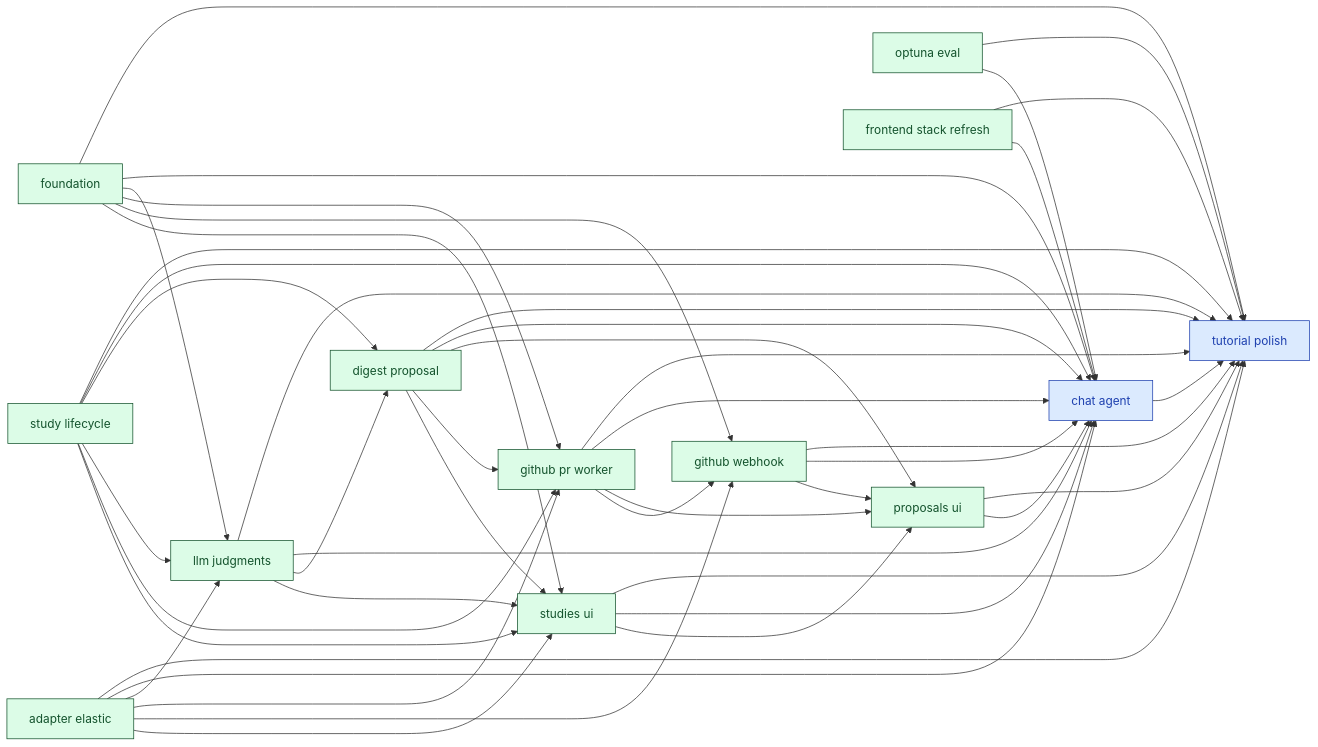
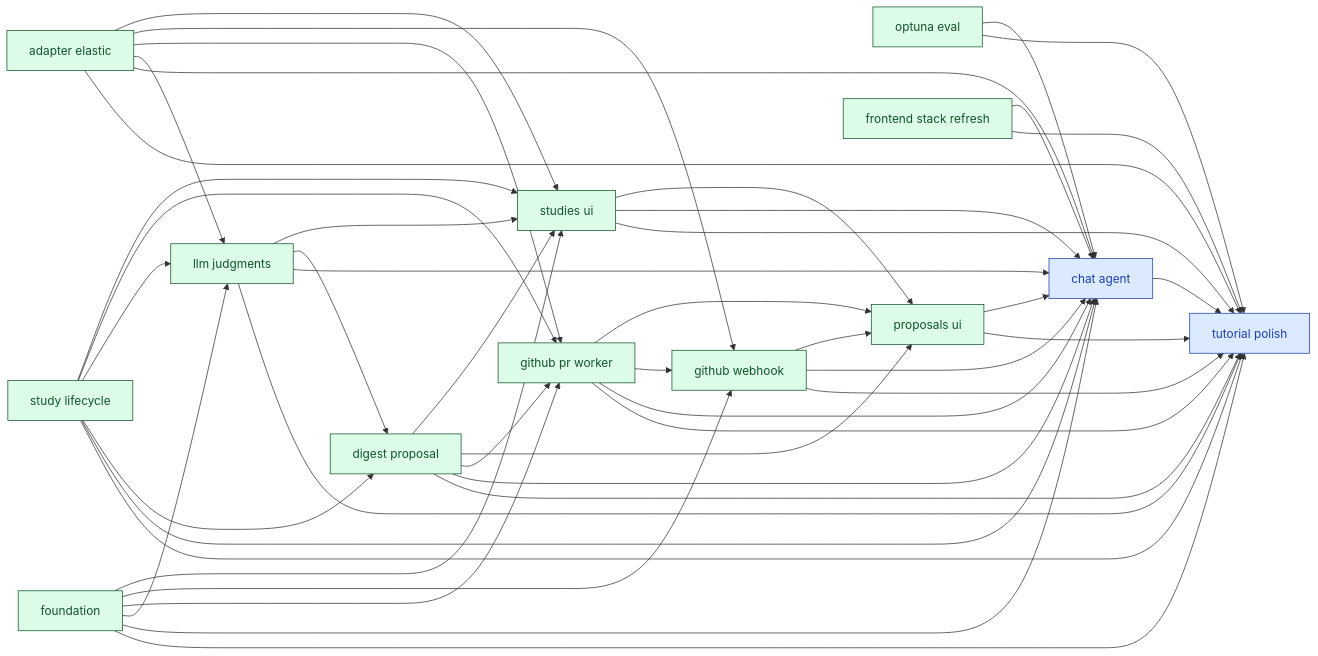
Before and after one commit to SoundMindsAI/relyloop: the diagram in docs/00_overview/MVP1_DASHBOARD.md, drawn with Mermaid. The commit also changed other lines of this file and 7 other files, not shown here.

````diff
--- a/docs/00_overview/MVP1_DASHBOARD.md
+++ b/docs/00_overview/MVP1_DASHBOARD.md
@@ -92,78 +92,78 @@
 ```mermaid
 graph LR
   classDef done fill:#dcfce7,stroke:#14532d,color:#14532d;
   classDef implement fill:#ffedd5,stroke:#9a3412,color:#9a3412;
   classDef plan fill:#fef9c3,stroke:#854d0e,color:#854d0e;
   classDef spec fill:#dbeafe,stroke:#1e40af,color:#1e40af;
   classDef idea fill:#f1f5f9,stroke:#334155,color:#334155;
   chore_tutorial_polish["tutorial polish"]
   class chore_tutorial_polish spec;
   feat_chat_agent["chat agent"]
   class feat_chat_agent spec;
-  feat_proposals_ui["proposals ui"]
-  class feat_proposals_ui done;
   infra_foundation["foundation"]
   class infra_foundation done;
   feat_study_lifecycle["study lifecycle"]
   class feat_study_lifecycle done;
   infra_adapter_elastic["adapter elastic"]
   class infra_adapter_elastic done;
   infra_optuna_eval["optuna eval"]
   class infra_optuna_eval done;
   feat_digest_proposal["digest proposal"]
   class feat_digest_proposal done;
   feat_llm_judgments["llm judgments"]
   class feat_llm_judgments done;
   feat_github_pr_worker["github pr worker"]
   class feat_github_pr_worker done;
   feat_github_webhook["github webhook"]
   class feat_github_webhook done;
+  feat_proposals_ui["proposals ui"]
+  class feat_proposals_ui done;
   feat_studies_ui["studies ui"]
   class feat_studies_ui done;
   infra_frontend_stack_refresh["frontend stack refresh"]
   class infra_frontend_stack_refresh done;
   feat_chat_agent --> chore_tutorial_polish
   feat_digest_proposal --> chore_tutorial_polish
   feat_github_pr_worker --> chore_tutorial_polish
   feat_github_webhook --> chore_tutorial_polish
   feat_llm_judgments --> chore_tutorial_polish
   feat_proposals_ui --> chore_tutorial_polish
   feat_studies_ui --> chore_tutorial_polish
   feat_study_lifecycle --> chore_tutorial_polish
   infra_adapter_elastic --> chore_tutorial_polish
   infra_foundation --> chore_tutorial_polish
   infra_frontend_stack_refresh --> chore_tutorial_polish
   infra_optuna_eval --> chore_tutorial_polish
   feat_digest_proposal --> feat_chat_agent
   feat_github_pr_worker --> feat_chat_agent
   feat_github_webhook --> feat_chat_agent
   feat_llm_judgments --> feat_chat_agent
   feat_proposals_ui --> feat_chat_agent
   feat_studies_ui --> feat_chat_agent
   feat_study_lifecycle --> feat_chat_agent
   infra_adapter_elastic --> feat_chat_agent
   infra_foundation --> feat_chat_agent
   infra_frontend_stack_refresh --> feat_chat_agent
   infra_optuna_eval --> feat_chat_agent
-  feat_studies_ui --> feat_proposals_ui
-  feat_digest_proposal --> feat_proposals_ui
-  feat_github_pr_worker --> feat_proposals_ui
-  feat_github_webhook --> feat_proposals_ui
   feat_study_lifecycle --> feat_digest_proposal
   feat_llm_judgments --> feat_digest_proposal
   infra_foundation --> feat_llm_judgments
   infra_adapter_elastic --> feat_llm_judgments
   feat_study_lifecycle --> feat_llm_judgments
   infra_foundation --> feat_github_pr_worker
   infra_adapter_elastic --> feat_github_pr_worker
   feat_study_lifecycle --> feat_github_pr_worker
   feat_digest_proposal --> feat_github_pr_worker
   infra_foundation --> feat_github_webhook
   infra_adapter_elastic --> feat_github_webhook
   feat_github_pr_worker --> feat_github_webhook
+  feat_studies_ui --> feat_proposals_ui
+  feat_digest_proposal --> feat_proposals_ui
+  feat_github_pr_worker --> feat_proposals_ui
+  feat_github_webhook --> feat_proposals_ui
   infra_foundation --> feat_studies_ui
   feat_study_lifecycle --> feat_studies_ui
   feat_digest_proposal --> feat_studies_ui
   feat_llm_judgments --> feat_studies_ui
   infra_adapter_elastic --> feat_studies_ui
 ```
````
